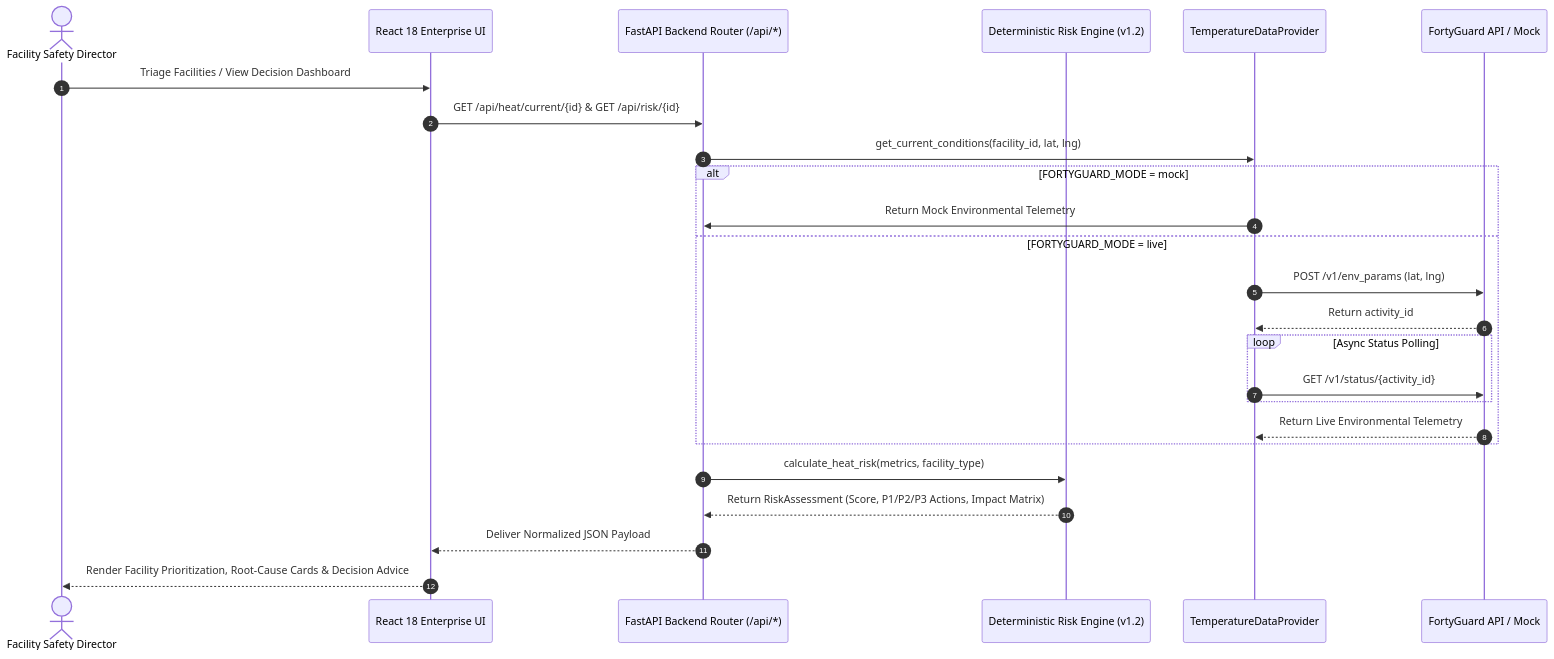
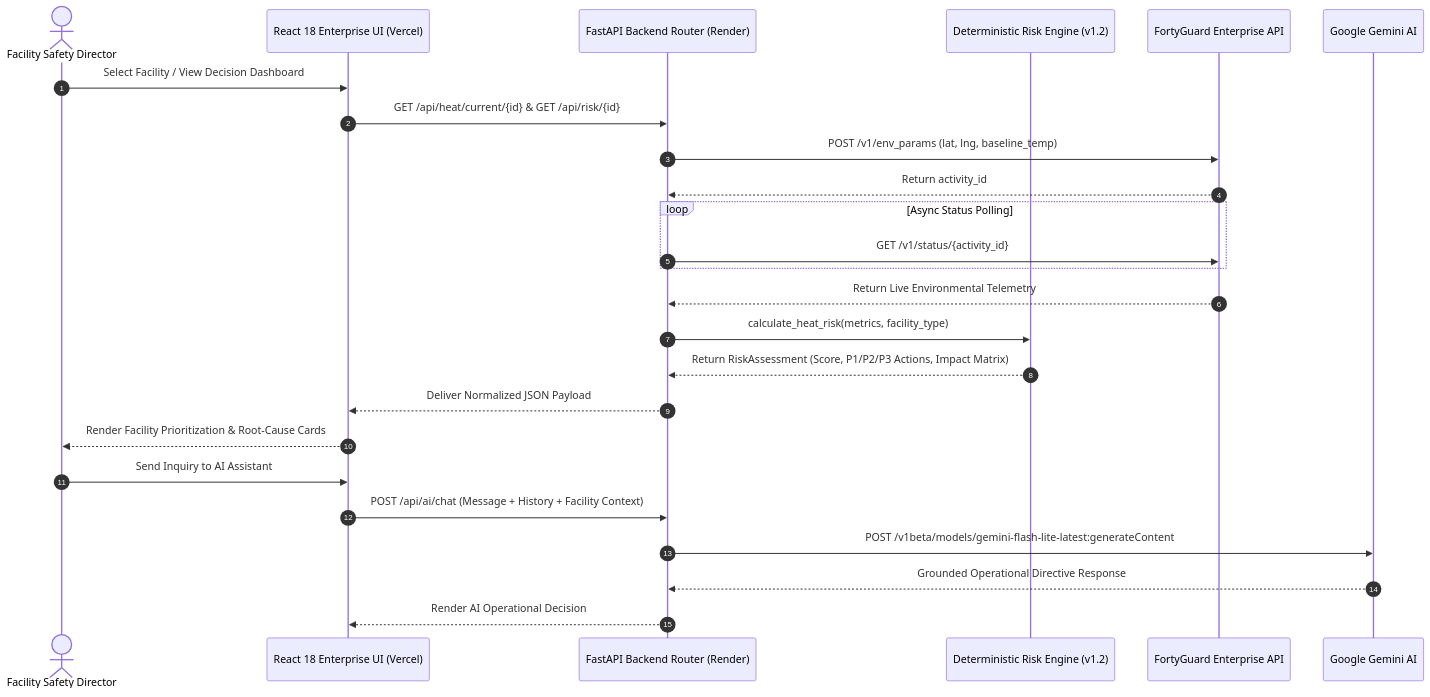
The diagram in README.md (Farhan0629/HeatShield-AI), drawn with Mermaid before and after one commit. The commit also changed other lines of this file, not shown here.

Commit message:
docs: Update README with 100% verified live architecture, real facilities, Gemini AI, and live URLs

````diff
--- a/README.md
+++ b/README.md
@@ -151,28 +148,29 @@
 ```mermaid
 sequenceDiagram
     autonumber
     actor Supervisor as Facility Safety Director
-    participant React as React 18 Enterprise UI
-    participant FastAPI as FastAPI Backend Router (/api/*)
+    participant React as React 18 Enterprise UI (Vercel)
+    participant FastAPI as FastAPI Backend Router (Render)
     participant Engine as Deterministic Risk Engine (v1.2)
-    participant Provider as TemperatureDataProvider
-    participant FortyGuard as FortyGuard API / Mock
+    participant FortyGuard as FortyGuard Enterprise API
+    participant Gemini as Google Gemini AI
 
-    Supervisor->>React: Triage Facilities / View Decision Dashboard
+    Supervisor->>React: Select Facility / View Decision Dashboard
     React->>FastAPI: GET /api/heat/current/{id} & GET /api/risk/{id}
-    FastAPI->>Provider: get_current_conditions(facility_id, lat, lng)
-    alt FORTYGUARD_MODE = mock
-        Provider->>FastAPI: Return Mock Environmental Telemetry
-    else FORTYGUARD_MODE = live
-        Provider->>FortyGuard: POST /v1/env_params (lat, lng)
-        FortyGuard-->>Provider: Return activity_id
-        loop Async Status Polling
-            Provider->>FortyGuard: GET /v1/status/{activity_id}
-        end
-        FortyGuard-->>Provider: Return Live Environmental Telemetry
+    FastAPI->>FortyGuard: POST /v1/env_params (lat, lng, baseline_temp)
+    FortyGuard-->>FastAPI: Return activity_id
+    loop Async Status Polling
+        FastAPI->>FortyGuard: GET /v1/status/{activity_id}
     end
+    FortyGuard-->>FastAPI: Return Live Environmental Telemetry
     FastAPI->>Engine: calculate_heat_risk(metrics, facility_type)
     Engine-->>FastAPI: Return RiskAssessment (Score, P1/P2/P3 Actions, Impact Matrix)
     FastAPI-->>React: Deliver Normalized JSON Payload
-    React-->>Supervisor: Render Facility Prioritization, Root-Cause Cards & Decision Advice
+    React-->>Supervisor: Render Facility Prioritization & Root-Cause Cards
+    
+    Supervisor->>React: Send Inquiry to AI Assistant
+    React->>FastAPI: POST /api/ai/chat (Message + History + Facility Context)
+    FastAPI->>Gemini: POST /v1beta/models/gemini-flash-lite-latest:generateContent
+    Gemini-->>FastAPI: Grounded Operational Directive Response
+    FastAPI-->>React: Render AI Operational Decision
 ```
````
